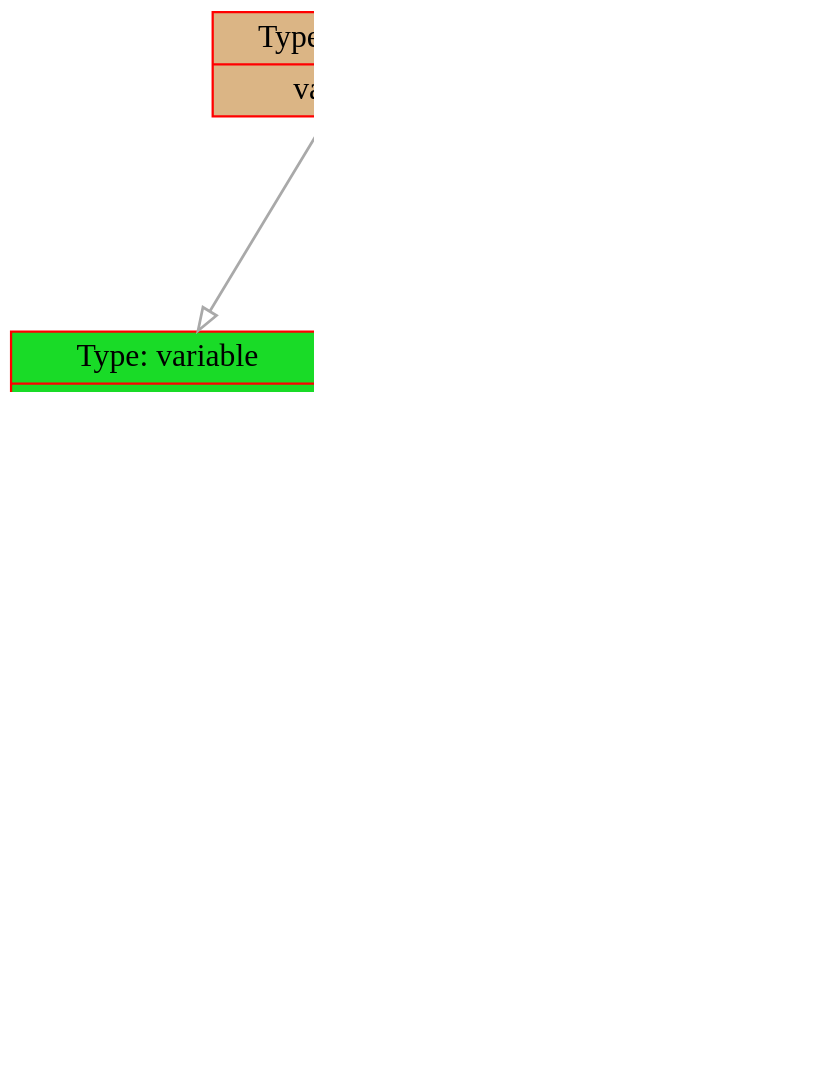
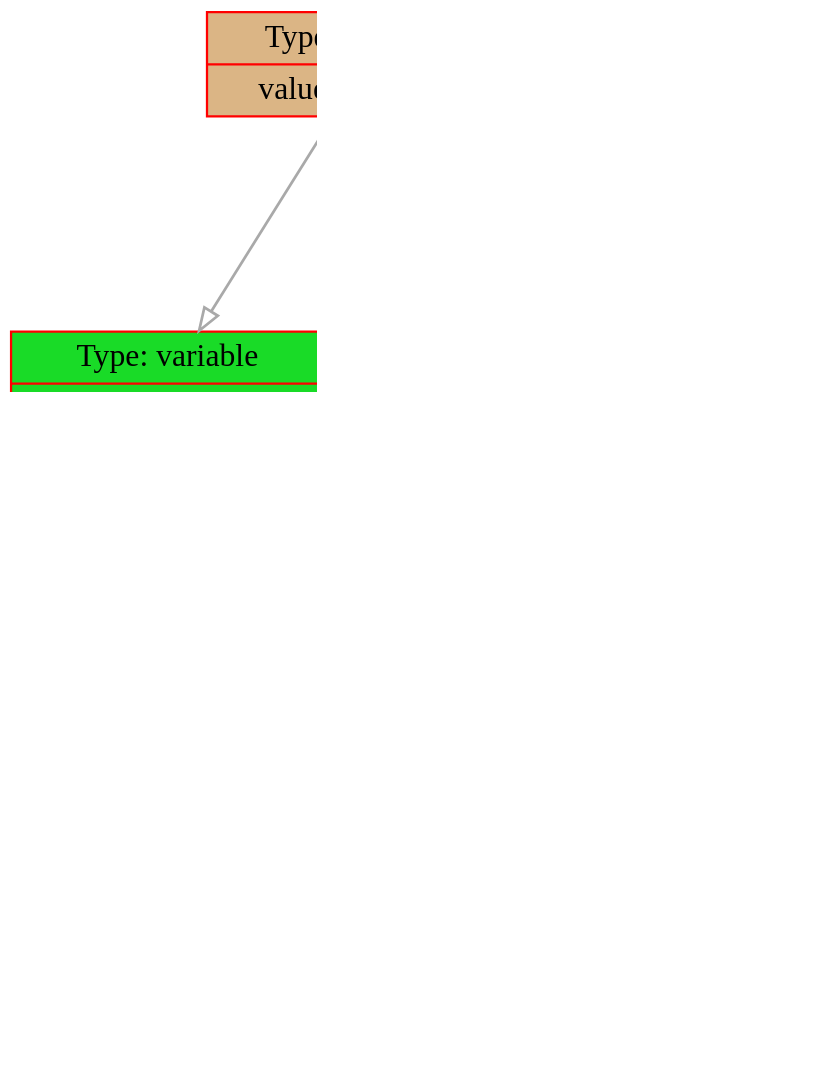
The diagram in frontend/data/graph.dot (dodokek/ProgrammingLanguage), drawn with Graphviz before and after one commit. The commit also changed 4 other files, not shown here.

```diff
--- a/frontend/data/graph.dot
+++ b/frontend/data/graph.dot
@@ -1,31 +1,28 @@
 
     digraph g {
         dpi      = 200;
         fontname = "Comic Sans MS";
         fontsize = 20;
         rankdir   =  TB;
         edge [color = darkgrey, arrowhead = onormal, arrowsize = 1, penwidth = 1.2]
         graph[fillcolor = lightgreen, ranksep = 1.3, nodesep = 0.5,
         style = "rounded, filled",color = green, penwidth = 2]
 
-    Node00000178d0147850[shape=record, width=0.2, style="filled", color="red", fillcolor="#DBB585",label=" {Type: operation | value: Var}"] 
+    Node00000254363377e0[shape=record, width=0.2, style="filled", color="red", fillcolor="#DBB585",label=" {Type: operation | value: Statement}"] 
  
-Node00000178d01475b0[shape=record, width=0.2, style="filled", color="red", fillcolor="#19DB27",label=" {Type: variable | value: bebrochka}"] 
+Node00000254363375b0[shape=record, width=0.2, style="filled", color="red", fillcolor="#19DB27",label=" {Type: variable | value: bebrochka}"] 
  
-Node00000178d0147820[shape=record, width=0.2, style="filled", color="red", fillcolor="#DBB585",label=" {Type: operation | value: -}"] 
+Node00000254363377b0[shape=record, width=0.2, style="filled", color="red", fillcolor="#DBB585",label=" {Type: operation | value: Statement}"] 
  
-Node00000178d01477c0[shape=record, width=0.2, style="filled", color="red", fillcolor="#DBB585",label=" {Type: operation | value: +}"] 
+Node0000025436337780[shape=record, width=0.2, style="filled", color="red", fillcolor="#DBB585",label=" {Type: operation | value: Var}"] 
  
-Node00000178d01475e0[shape=record, width=0.2, style="filled", color="red", fillcolor="#DB8E21",label=" {Type: number | value: 23}"] 
+Node00000254363375e0[shape=record, width=0.2, style="filled", color="red", fillcolor="#19DB27",label=" {Type: variable | value: bober}"] 
  
-Node00000178d0147790[shape=record, width=0.2, style="filled", color="red", fillcolor="#19DB27",label=" {Type: variable | value: shproty}"] 
+Node0000025436337750[shape=record, width=0.2, style="filled", color="red", fillcolor="#DB8E21",label=" {Type: number | value: 2}"] 
  
-Node00000178d01477f0[shape=record, width=0.2, style="filled", color="red", fillcolor="#DB8E21",label=" {Type: number | value: 1}"] 
- 
-Node00000178d0147850->Node00000178d01475b0
-Node00000178d0147850->Node00000178d0147820
-Node00000178d0147820->Node00000178d01477c0
-Node00000178d01477c0->Node00000178d01475e0
-Node00000178d01477c0->Node00000178d0147790
-Node00000178d0147820->Node00000178d01477f0
+Node00000254363377e0->Node00000254363375b0
+Node00000254363377e0->Node00000254363377b0
+Node00000254363377b0->Node0000025436337780
+Node0000025436337780->Node00000254363375e0
+Node0000025436337780->Node0000025436337750
 }
```
